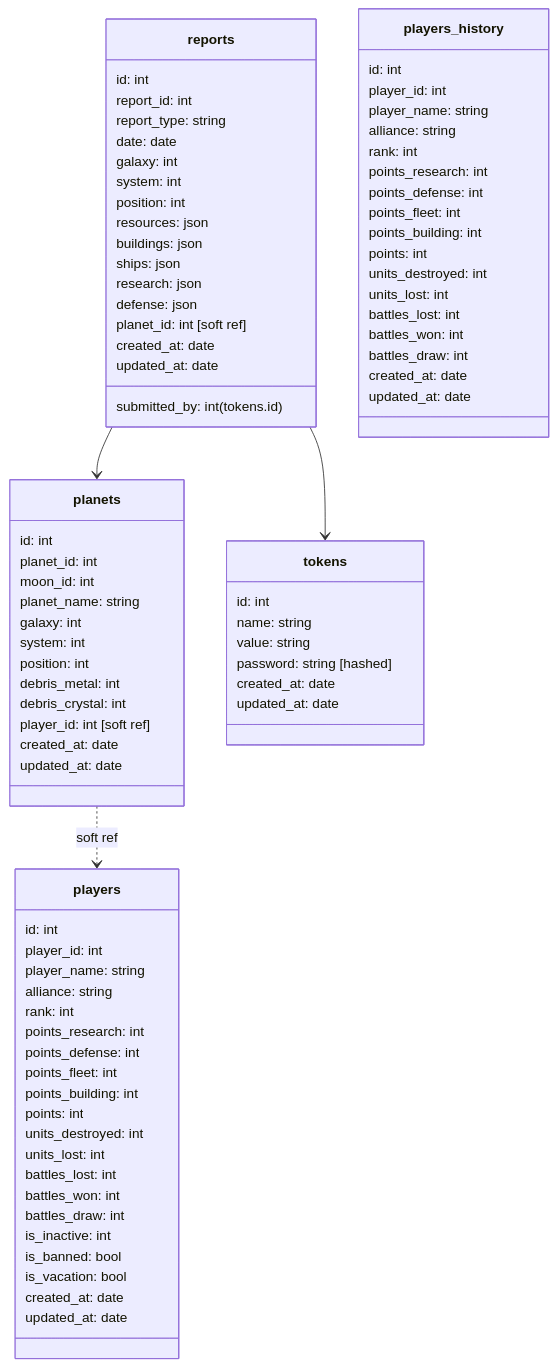
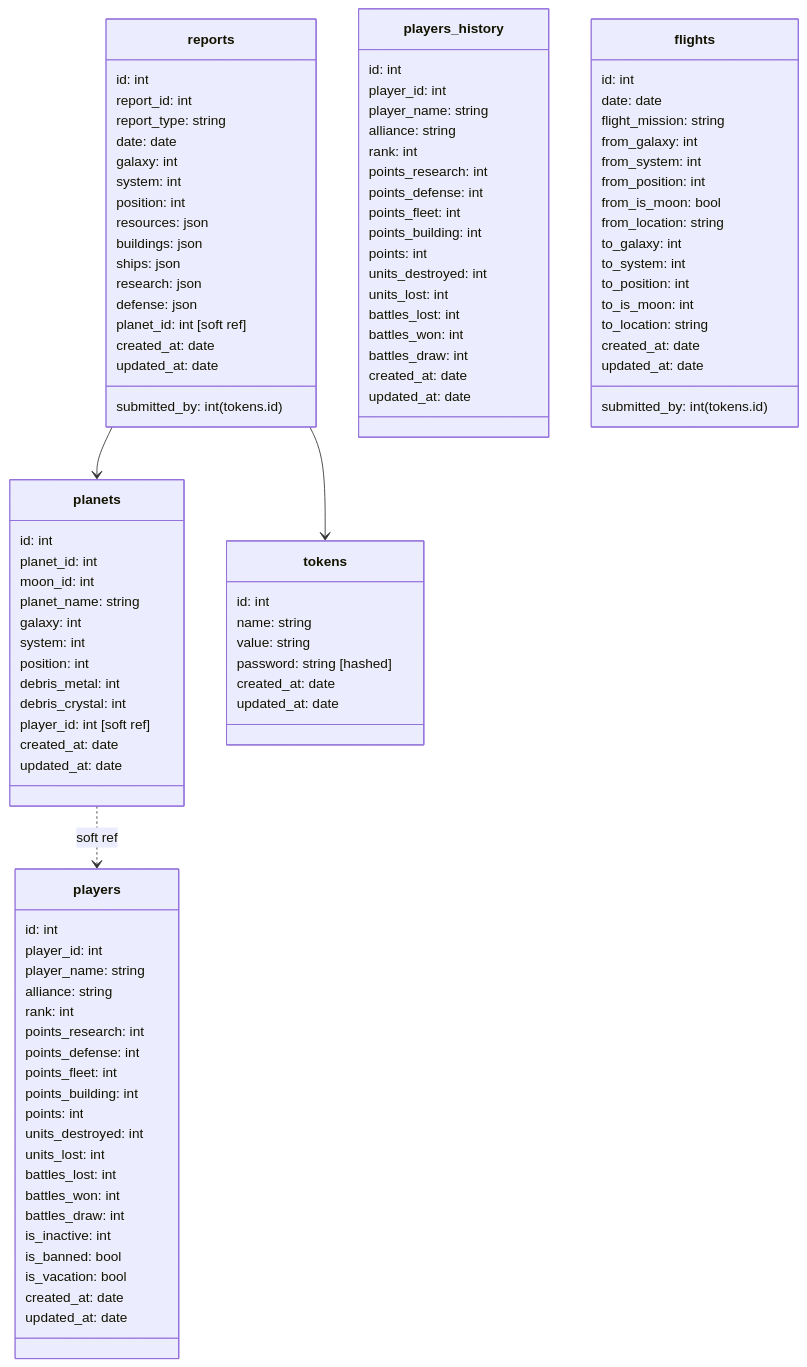
The diagram in readme.md (anoff/teamview), drawn with Mermaid before and after one commit. The commit also changed 4 other files, not shown here.

````diff
--- a/readme.md
+++ b/readme.md
@@ -136,4 +136,22 @@
     created_at: date
     updated_at: date
   }
+  class flights {
+    id: int
+    submitted_by: int (tokens.id)
+    date: date
+    flight_mission: string
+    from_galaxy: int
+    from_system: int
+    from_position: int
+    from_is_moon: bool
+    from_location: string
+    to_galaxy: int
+    to_system: int
+    to_position: int
+    to_is_moon: int
+    to_location: string
+    created_at: date
+    updated_at: date
+  }
 ```
````
